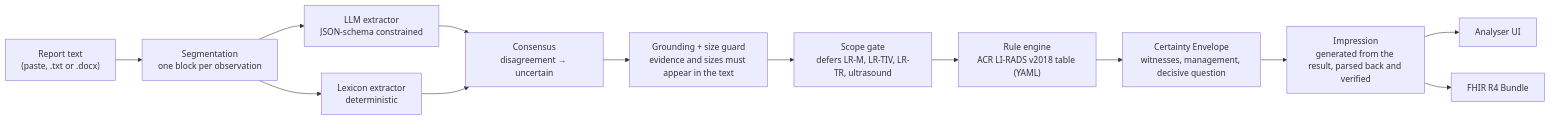
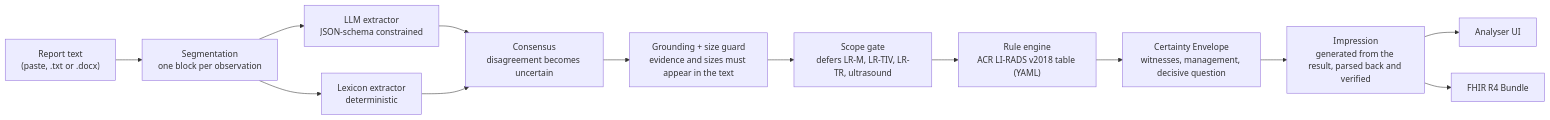
The first of 3 diagrams in README.md (ManjunathMailey/RADS-Envelope), drawn with Mermaid before and after one commit. The commit also changed other lines of this file and 5 other files, not shown here.

````diff
--- a/README.md
+++ b/README.md
@@ -56,15 +56,15 @@
 ```mermaid
 flowchart LR
     R["Report text<br/>(paste, .txt or .docx)"] --> S["Segmentation<br/>one block per observation"]
     S --> L["LLM extractor<br/>JSON-schema constrained"]
     S --> X["Lexicon extractor<br/>deterministic"]
-    L --> C["Consensus<br/>disagreement → uncertain"]
+    L --> C["Consensus<br/>disagreement becomes uncertain"]
     X --> C
     C --> G["Grounding + size guard<br/>evidence and sizes must appear in the text"]
     G --> P["Scope gate<br/>defers LR-M, LR-TIV, LR-TR, ultrasound"]
     P --> E["Rule engine<br/>ACR LI-RADS v2018 table (YAML)"]
     E --> V["Certainty Envelope<br/>witnesses, management, decisive question"]
     V --> I["Impression<br/>generated from the result, parsed back and verified"]
     I --> U["Analyser UI"]
     I --> F["FHIR R4 Bundle"]
 ```
````
